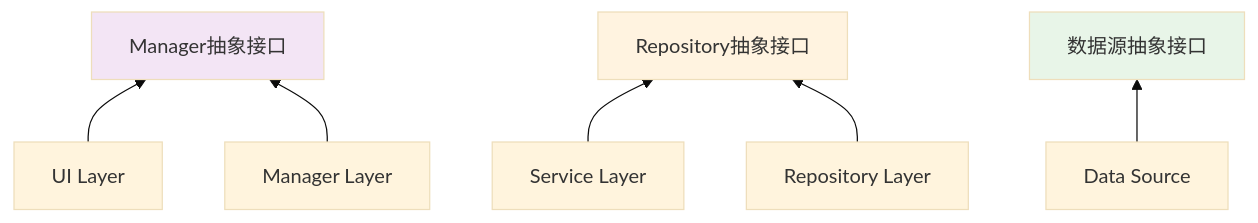
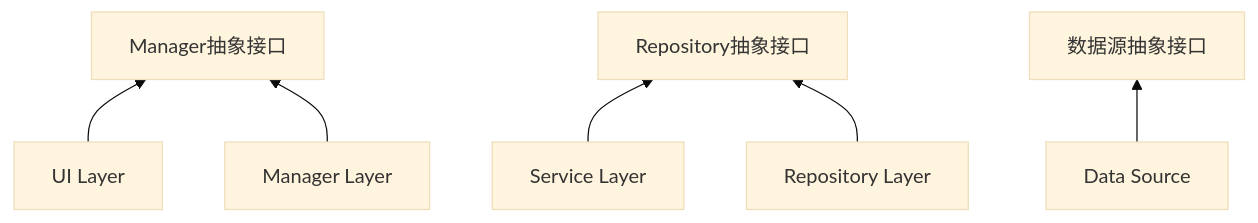
Before and after one commit to terminail/autodroid: the fifth of 23 diagrams in autodroid-trader-app/DESIGN.md, drawn with Mermaid (base theme). The commit also changed other lines of this file and 14 other files, not shown here.

````diff
--- a/autodroid-trader-app/DESIGN.md
+++ b/autodroid-trader-app/DESIGN.md
@@ -121,12 +111,9 @@
 ```mermaid
 graph BT
     A[UI Layer] --> B[Manager抽象接口]
     C[Manager Layer] --> B
     D[Service Layer] --> E[Repository抽象接口]
     F[Repository Layer] --> E
     G[Data Source] --> H[数据源抽象接口]
     
-    style B fill:#f3e5f5
-    style E fill:#fff3e0
-    style H fill:#e8f5e8
 ```
````
